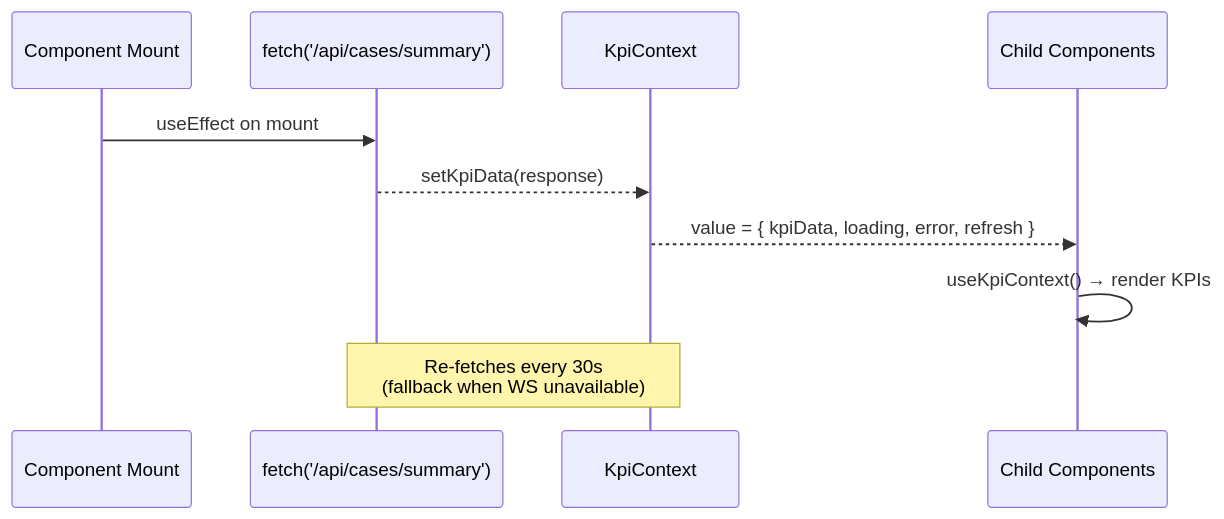
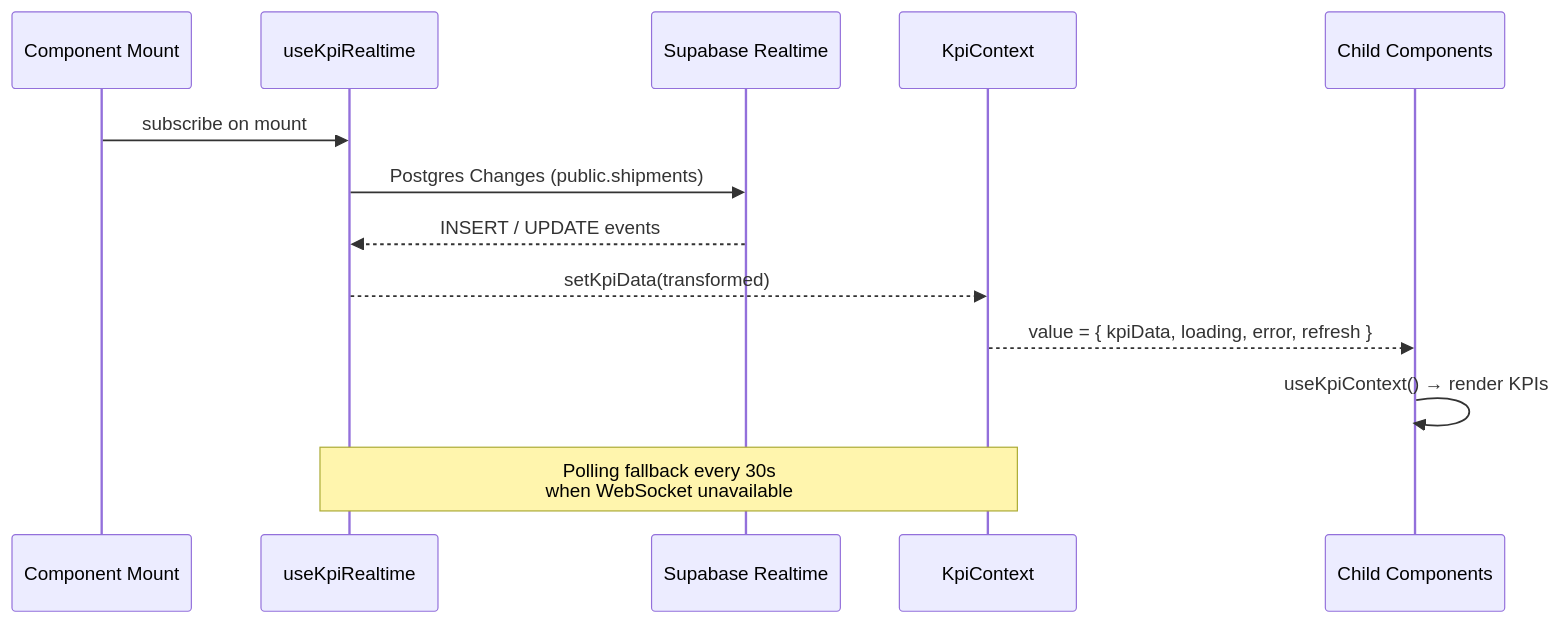
Before and after one commit to macho715/logi_hvdc_dash: the fourth of 30 diagrams in apps/logistics-dashboard/docs/COMPONENTS.md, drawn with Mermaid. The commit also changed other lines of this file and 80 other files, not shown here.

````diff
--- a/apps/logistics-dashboard/docs/COMPONENTS.md
+++ b/apps/logistics-dashboard/docs/COMPONENTS.md
@@ -170,14 +206,17 @@
 ```mermaid
 sequenceDiagram
     participant Mount as Component Mount
-    participant Fetch as fetch('/api/cases/summary')
+    participant Realtime as useKpiRealtime
+    participant Supabase as Supabase Realtime
     participant Context as KpiContext
     participant Children as Child Components
 
-    Mount->>Fetch: useEffect on mount
-    Fetch-->>Context: setKpiData(response)
+    Mount->>Realtime: subscribe on mount
+    Realtime->>Supabase: Postgres Changes (public.shipments)
+    Supabase-->>Realtime: INSERT / UPDATE events
+    Realtime-->>Context: setKpiData(transformed)
     Context-->>Children: value = { kpiData, loading, error, refresh }
     Children->>Children: useKpiContext() → render KPIs
 
-    Note over Fetch,Context: Re-fetches every 30s<br/>(fallback when WS unavailable)
+    Note over Realtime,Context: Polling fallback every 30s<br/>when WebSocket unavailable
 ```
````
